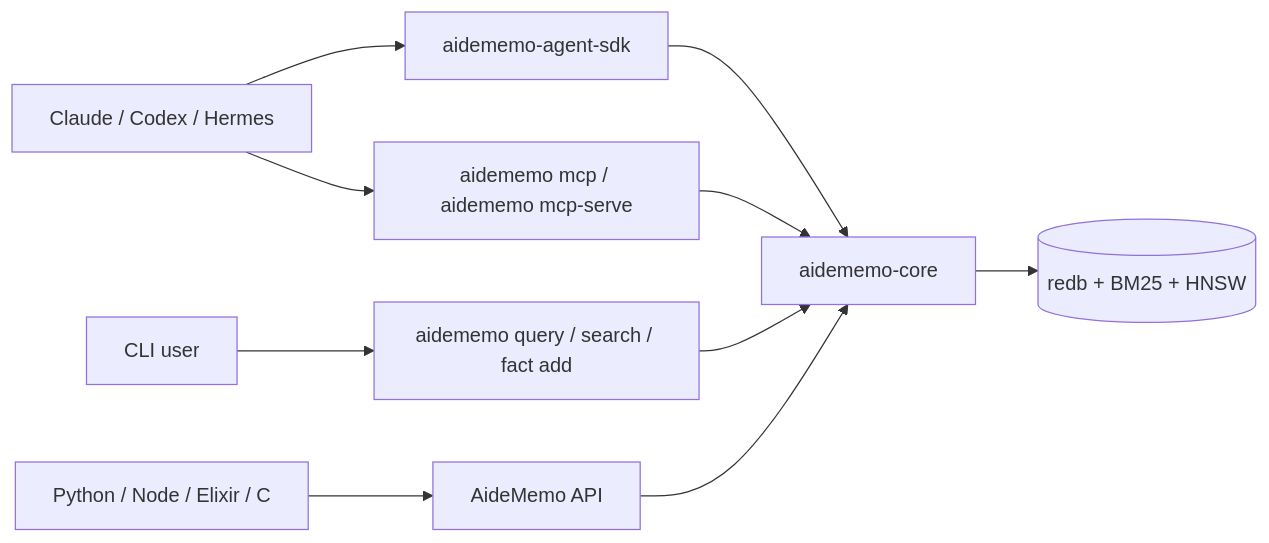
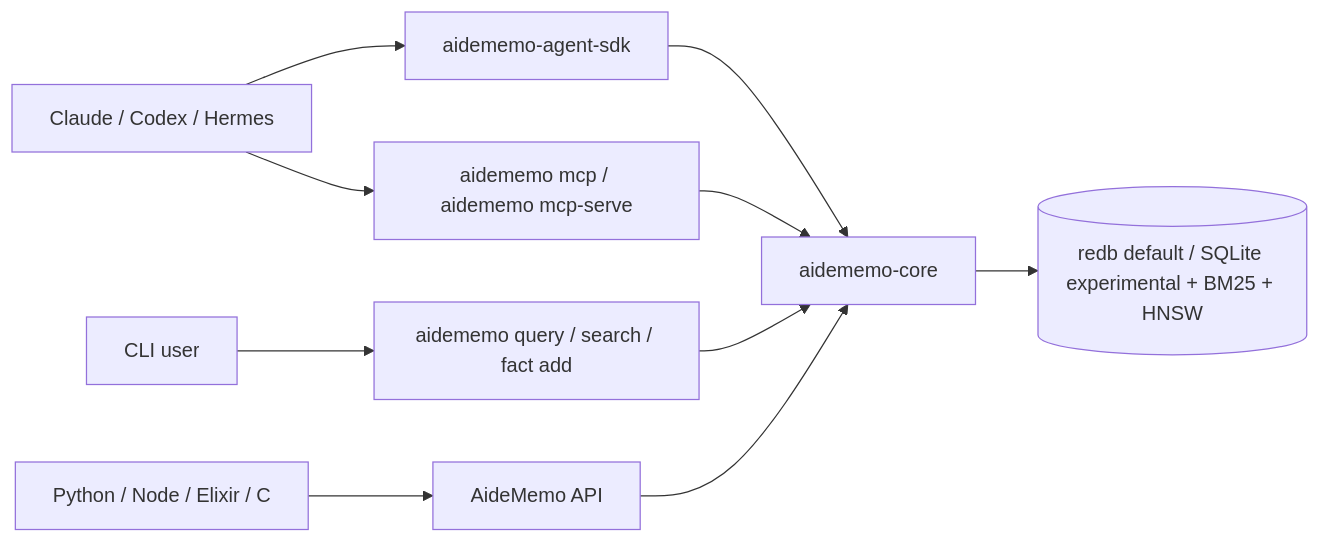
The diagram in README.md (taeyun16/aidememo), drawn with Mermaid before and after one commit. The commit also changed other lines of this file and 49 other files, not shown here.

Commit message:
Add experimental SQLite store backend

````diff
--- a/README.md
+++ b/README.md
@@ -37,12 +37,12 @@
 ```mermaid
 flowchart LR
     Agent["Claude / Codex / Hermes"] --> SDK["aidememo-agent-sdk"]
     Agent --> MCP["aidememo mcp / aidememo mcp-serve"]
     Human["CLI user"] --> CLI["aidememo query / search / fact add"]
     Plugin["Python / Node / Elixir / C"] --> API["AideMemo API"]
     SDK --> Core["aidememo-core"]
     MCP --> Core["aidememo-core"]
     CLI --> Core
     API --> Core
-    Core --> Store[("redb + BM25 + HNSW")]
+    Core --> Store[("redb default / SQLite experimental + BM25 + HNSW")]
 ```
````
